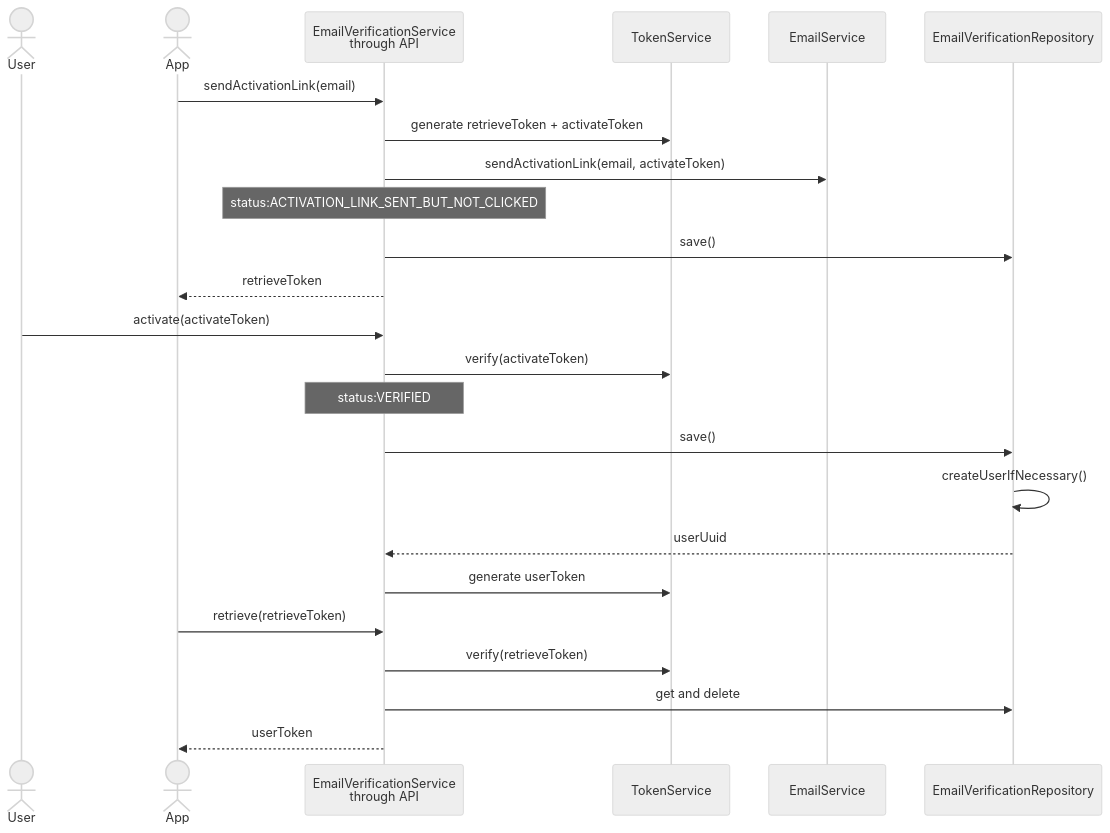
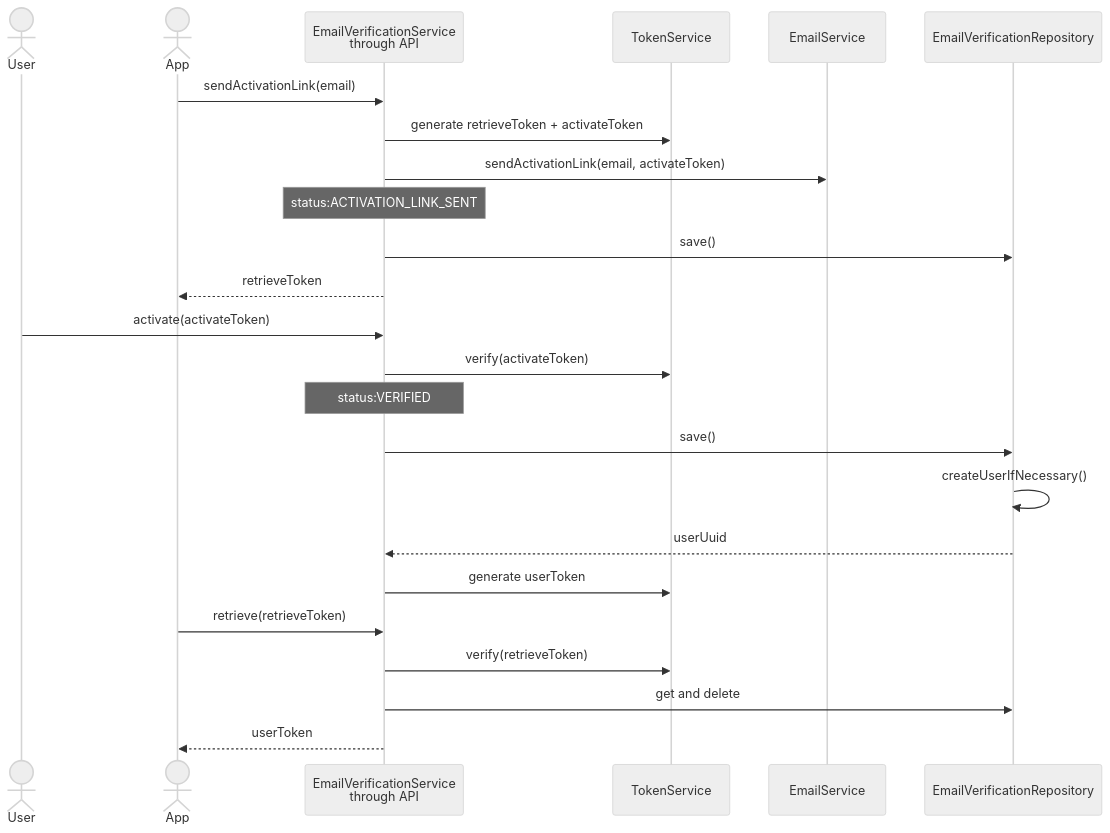
One commit to BenLayet/meditation-timer changed the fourth of 4 diagrams in docs/workflows/create-account.md. Above: the diagram before and after it, drawn with Mermaid (neutral theme). The commit also changed other lines of this file and 31 other files, not shown here.

````diff
--- a/docs/workflows/create-account.md
+++ b/docs/workflows/create-account.md
@@ -100,27 +116,27 @@
 ```mermaid
 sequenceDiagram
     actor User
     actor App
     participant EmailVerificationService as EmailVerificationService <br> through API
     participant TokenService
     participant EmailService
     participant EmailVerificationRepository
 
     App ->> EmailVerificationService: sendActivationLink(email)
     EmailVerificationService ->> TokenService: generate retrieveToken + activateToken
     EmailVerificationService ->> EmailService: sendActivationLink(email, activateToken)
-    Note over EmailVerificationService: status:ACTIVATION_LINK_SENT_BUT_NOT_CLICKED
+    Note over EmailVerificationService: status:ACTIVATION_LINK_SENT
     EmailVerificationService ->> EmailVerificationRepository: save()
     EmailVerificationService -->> App: retrieveToken
     User ->> EmailVerificationService: activate(activateToken)
     EmailVerificationService ->> TokenService: verify(activateToken)
     Note over EmailVerificationService: status:VERIFIED
     EmailVerificationService ->> EmailVerificationRepository: save()
     EmailVerificationRepository ->> EmailVerificationRepository: createUserIfNecessary()
     EmailVerificationRepository -->> EmailVerificationService: userUuid
     EmailVerificationService ->> TokenService: generate userToken
     App ->> EmailVerificationService: retrieve(retrieveToken)
     EmailVerificationService ->> TokenService: verify(retrieveToken)
     EmailVerificationService ->> EmailVerificationRepository: get and delete
     EmailVerificationService -->> App: userToken
 ```
````
